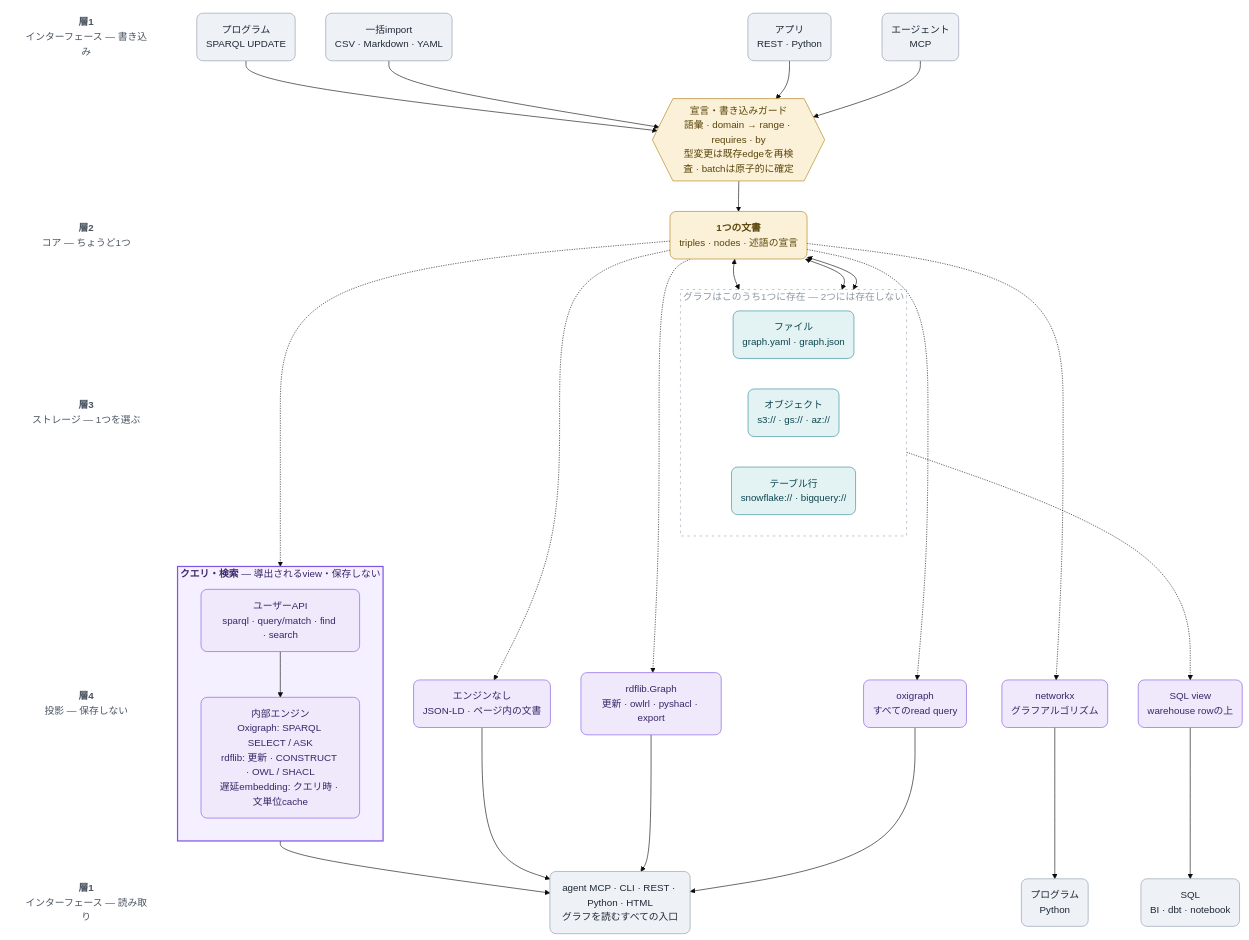
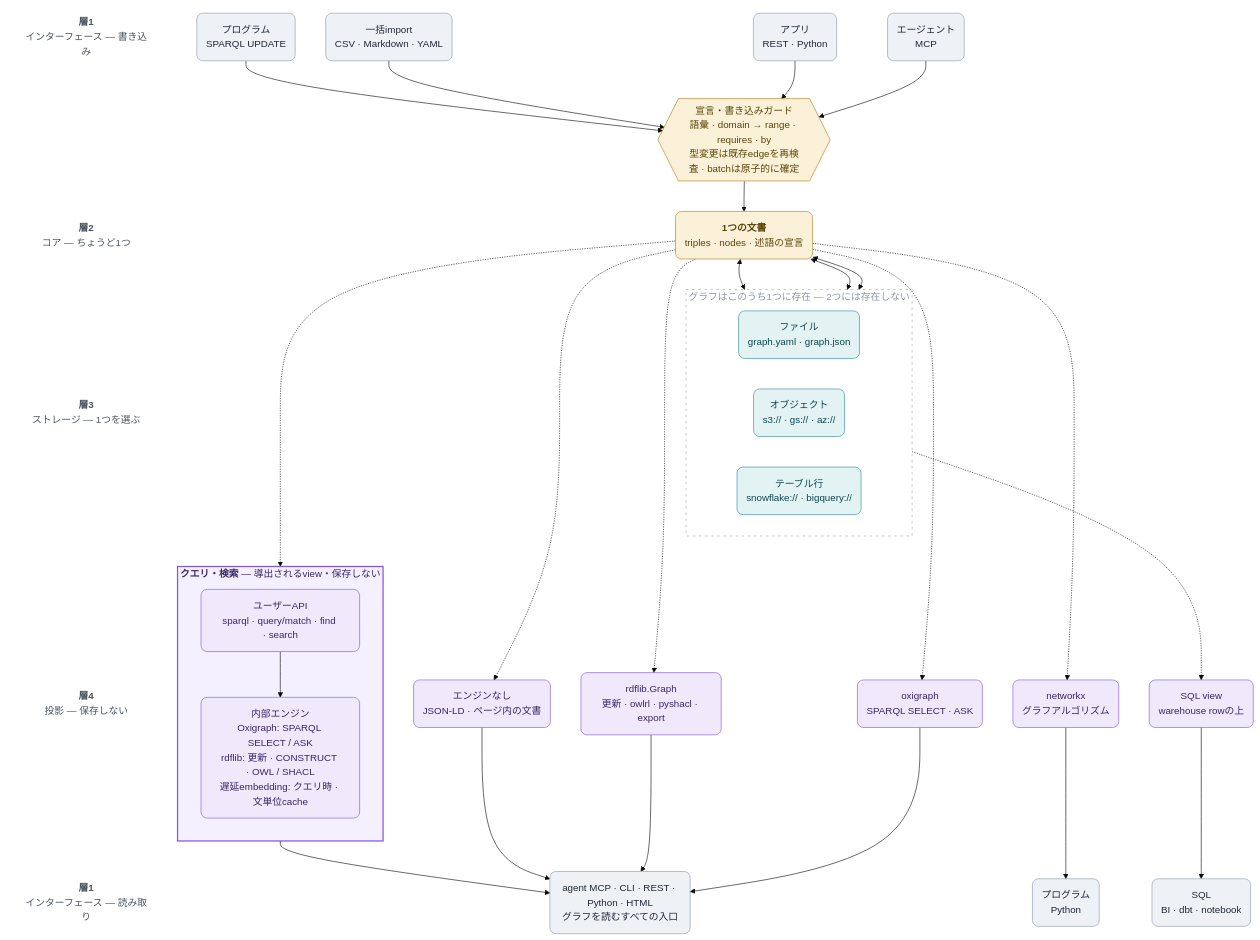
The diagram in docs/ARCHITECTURE_jp.md (RyutoYoda/trikedb), drawn with Mermaid (base theme) before and after one commit. The commit also changed 8 other files, not shown here.

````diff
--- a/docs/ARCHITECTURE_jp.md
+++ b/docs/ARCHITECTURE_jp.md
@@ -7,75 +7,75 @@
 ```mermaid
 flowchart TB
     LA["<b>層1</b><br/>インターフェース — 書き込み"]
     LG[" "]
     LB["<b>層2</b><br/>コア — ちょうど1つ"]
     LC["<b>層3</b><br/>ストレージ — 1つを選ぶ"]
     LD["<b>層4</b><br/>投影 — 保存しない"]
     LE["<b>層1</b><br/>インターフェース — 読み取り"]
     LA ~~~ LG ~~~ LB ~~~ LC ~~~ LD ~~~ LE
 
     WA("エージェント<br/>MCP")
     WC("アプリ<br/>REST · Python")
     WI("一括import<br/>CSV · Markdown · YAML")
     WP("プログラム<br/>SPARQL UPDATE")
     G{{"宣言・書き込みガード<br/>語彙 · domain → range · requires · by<br/>型変更は既存edgeを再検査 · batchは原子的に確定"}}
     C("<b>1つの文書</b><br/>triples · nodes · 述語の宣言")
     subgraph pick["グラフはこのうち1つに存在 — 2つには存在しない"]
         direction LR
         SF("ファイル<br/>graph.yaml · graph.json")
         SO("オブジェクト<br/>s3:// · gs:// · az://")
         SW("テーブル行<br/>snowflake:// · bigquery://")
     end
-    PO("oxigraph<br/>すべてのread query")
+    PO("oxigraph<br/>SPARQL SELECT · ASK")
     PR("rdflib.Graph<br/>更新 · owlrl · pyshacl · export")
     PN("networkx<br/>グラフアルゴリズム")
     PV("SQL view<br/>warehouse rowの上")
     PD("エンジンなし<br/>JSON-LD · ページ内の文書")
     subgraph query["<b>クエリ・検索</b> — 導出されるview・保存しない"]
         direction TB
         QAPI["ユーザーAPI<br/>sparql · query/match · find · search"]
         QENG["内部エンジン<br/>Oxigraph: SPARQL SELECT / ASK<br/>rdflib: 更新 · CONSTRUCT · OWL / SHACL<br/>遅延embedding: クエリ時 · 文単位cache"]
         QAPI --> QENG
     end
     RQ("agent MCP · CLI · REST · Python · HTML<br/>グラフを読むすべての入口")
     RG("プログラム<br/>Python")
     RS("SQL<br/>BI · dbt · notebook")
 
     WA --> G
     WC --> G
     WI --> G
     WP --> G
     G --> C
     C <--> SF
     C <--> SO
     C <--> SW
     SF ~~~ PO
     SF ~~~ PR
     SO ~~~ PN
     SW -.-> PV
     SW ~~~ PD
     C -.-> PO
     C -.-> PR
     C -.-> PN
     C -.-> PD
     C -.-> QAPI
     QENG --> RQ
     PO --> RQ
     PR --> RQ
     PN --> RG
     PV --> RS
     PD --> RQ
 
     style pick fill:none,stroke:#9aa4b3,stroke-width:1px,stroke-dasharray:4 6,color:#8d97a6
     style query fill:#f5f0ff,stroke:#8055e6,stroke-width:2px,color:#3a2568
     classDef lbl fill:none,stroke:none,color:#4b5563
     classDef iface fill:#eef1f6,stroke:#8d9aad,color:#1f2937,rx:10,ry:10
     classDef core fill:#fbf1d8,stroke:#b07d17,color:#5a4409,rx:10,ry:10
     classDef store fill:#e3f3f4,stroke:#2b8a9c,color:#0c454f,rx:10,ry:10
     classDef proj fill:#efe9fb,stroke:#8055e6,color:#3a2568,rx:10,ry:10
     class LA,LG,LB,LC,LD,LE lbl
     class WA,WC,WI,WP,RQ,RG,RS iface
     class C,G core
     class SF,SO,SW store
     class PO,PR,PN,PV,PD,QAPI,QENG proj
 ```
````
